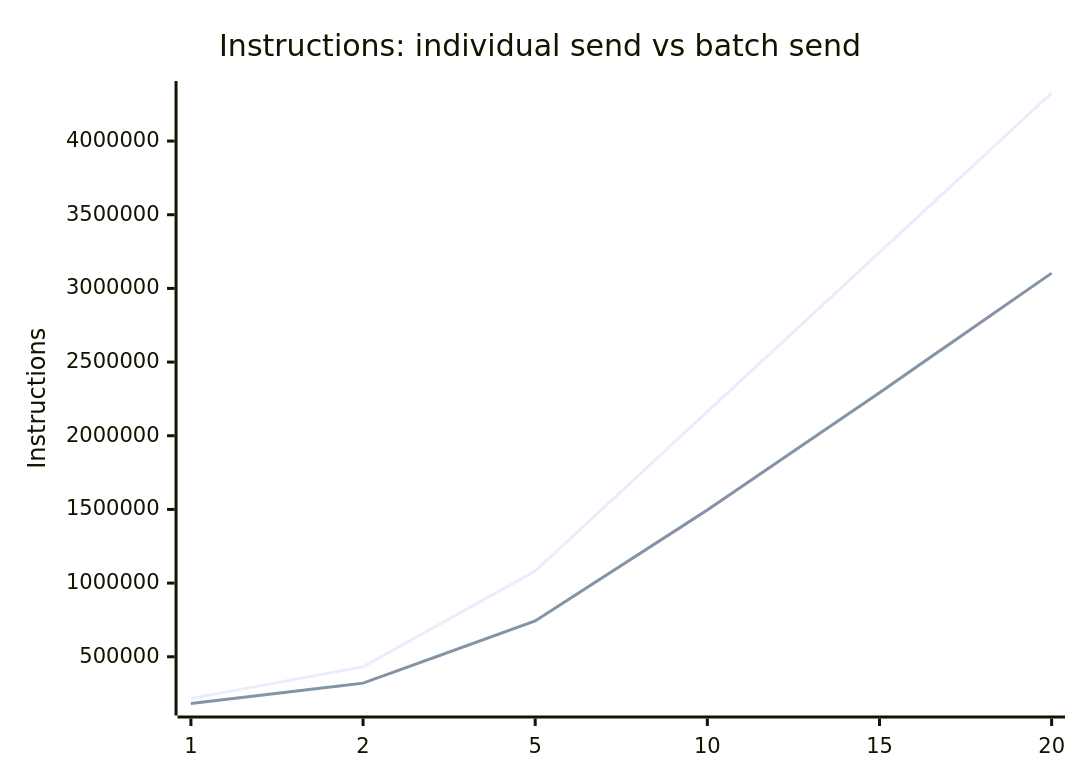
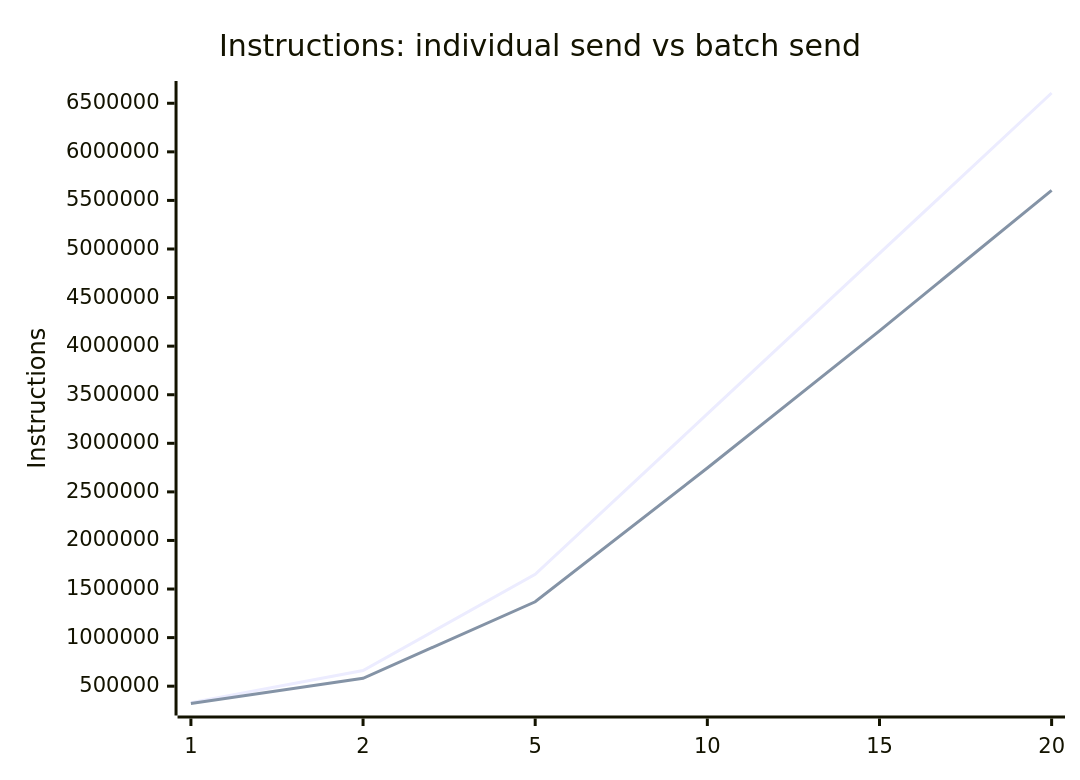
The diagram in stellar/PERF.md (wraith-protocol/contracts), drawn with Mermaid before and after one commit. The commit also changed other lines of this file and 3 other files, not shown here.

````diff
--- a/stellar/PERF.md
+++ b/stellar/PERF.md
@@ -199,8 +223,8 @@
 ```mermaid
 xychart-beta
     title "Instructions: individual send vs batch send"
     x-axis [1, 2, 5, 10, 15, 20]
     y-axis "Instructions"
-    line "individual (N x send)" [216310, 432620, 1081550, 2163100, 3244650, 4326200]
-    line "batch (batch_send)" [182837, 320986, 743151, 1496019, 2292557, 3103832]
+    line "individual (N x send)" [330285, 660570, 1651425, 3302850, 4954275, 6605700]
+    line "batch (batch_send)" [321804, 581358, 1368719, 2745679, 4157539, 5603009]
 ```
````
